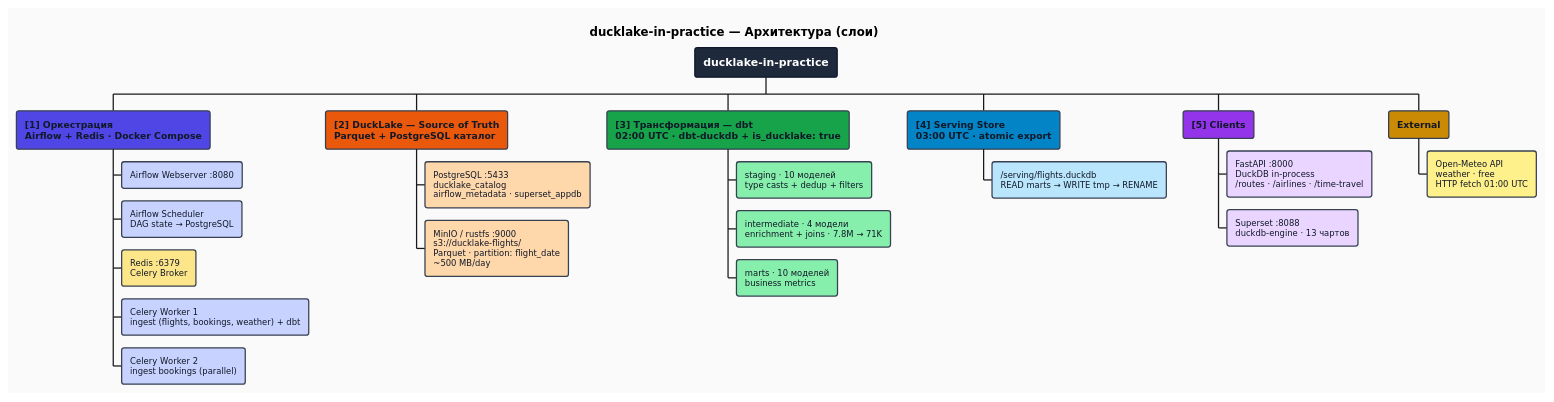
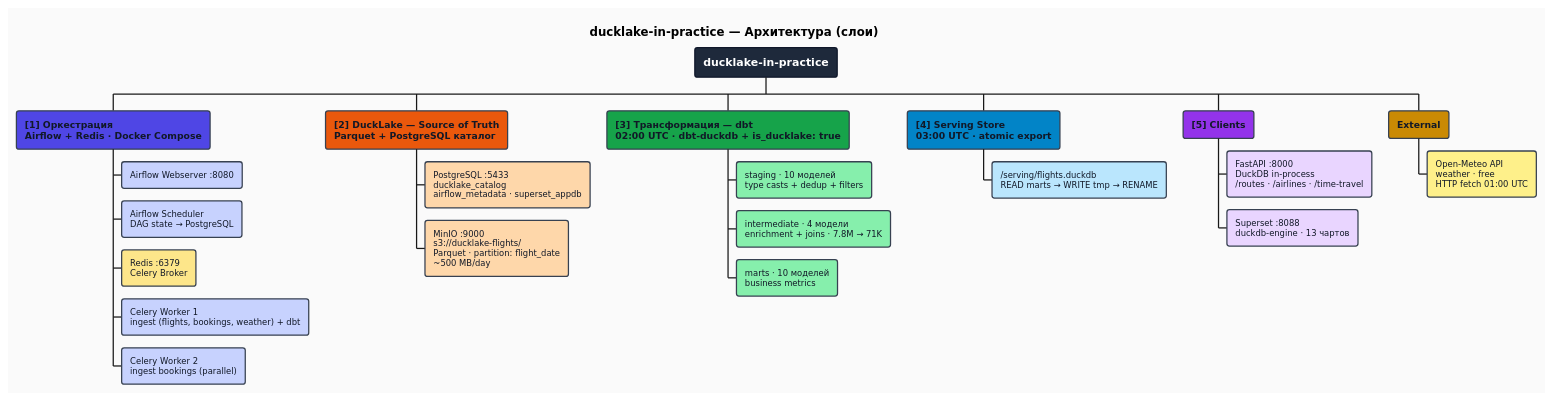
One commit to andreyyarigin/ducklake-in-practice changed the diagram in docs/diagrams/01_architecture.puml. Above: the diagram before and after it, drawn with PlantUML. The commit also changed 34 other files, not shown here.

First line of the commit message:
docs: migrate rustfs → minio, update diagrams and documentation

```diff
--- a/docs/diagrams/01_architecture.puml
+++ b/docs/diagrams/01_architecture.puml
@@ -1,53 +1,53 @@
 @startwbs architecture
 skinparam backgroundColor #FAFAFA
 skinparam defaultFontName "DejaVu Sans"
 skinparam defaultFontSize 11
 
 <style>
 wbsDiagram {
   node {
     BackgroundColor #FEFCE8
     LineColor #374151
     FontColor #111827
     FontSize 10
     RoundCorner 6
   }
   rootNode {
     BackgroundColor #1E293B
     LineColor #0F172A
     FontColor #FFFFFF
     FontStyle bold
     FontSize 13
   }
   :depth(1) {
     FontStyle bold
     FontSize 11
   }
 }
 </style>
 
 title <b>ducklake-in-practice — Архитектура (слои)</b>
 
 +[#1E293B] ducklake-in-practice
 ++[#4F46E5] [1] Оркестрация\nAirflow + Redis · Docker Compose
 +++[#C7D2FE] Airflow Webserver :8080
 +++[#C7D2FE] Airflow Scheduler\nDAG state → PostgreSQL
 +++[#FDE68A] Redis :6379\nCelery Broker
 +++[#C7D2FE] Celery Worker 1\ningest (flights, bookings, weather) + dbt
 +++[#C7D2FE] Celery Worker 2\ningest bookings (parallel)
 ++[#EA580C] [2] DuckLake — Source of Truth\nParquet + PostgreSQL каталог
 +++[#FED7AA] PostgreSQL :5433\nducklake_catalog\nairflow_metadata · superset_appdb
-+++[#FED7AA] MinIO / rustfs :9000\ns3://ducklake-flights/\nParquet · partition: flight_date\n~500 MB/day
++++[#FED7AA] MinIO :9000\ns3://ducklake-flights/\nParquet · partition: flight_date\n~500 MB/day
 ++[#16A34A] [3] Трансформация — dbt\n02:00 UTC · dbt-duckdb + is_ducklake: true
 +++[#86EFAC] staging · 10 моделей\ntype casts + dedup + filters
 +++[#86EFAC] intermediate · 4 модели\nenrichment + joins · 7.8M → 71K
 +++[#86EFAC] marts · 10 моделей\nbusiness metrics
 ++[#0284C7] [4] Serving Store\n03:00 UTC · atomic export
 +++[#BAE6FD] /serving/flights.duckdb\nREAD marts → WRITE tmp → RENAME
 ++[#9333EA] [5] Clients
 +++[#E9D5FF] FastAPI :8000\nDuckDB in-process\n/routes · /airlines · /time-travel
 +++[#E9D5FF] Superset :8088\nduckdb-engine · 13 чартов
 ++[#CA8A04] External
 +++[#FEF08A] Open-Meteo API\nweather · free\nHTTP fetch 01:00 UTC
 
 @endwbs
```
